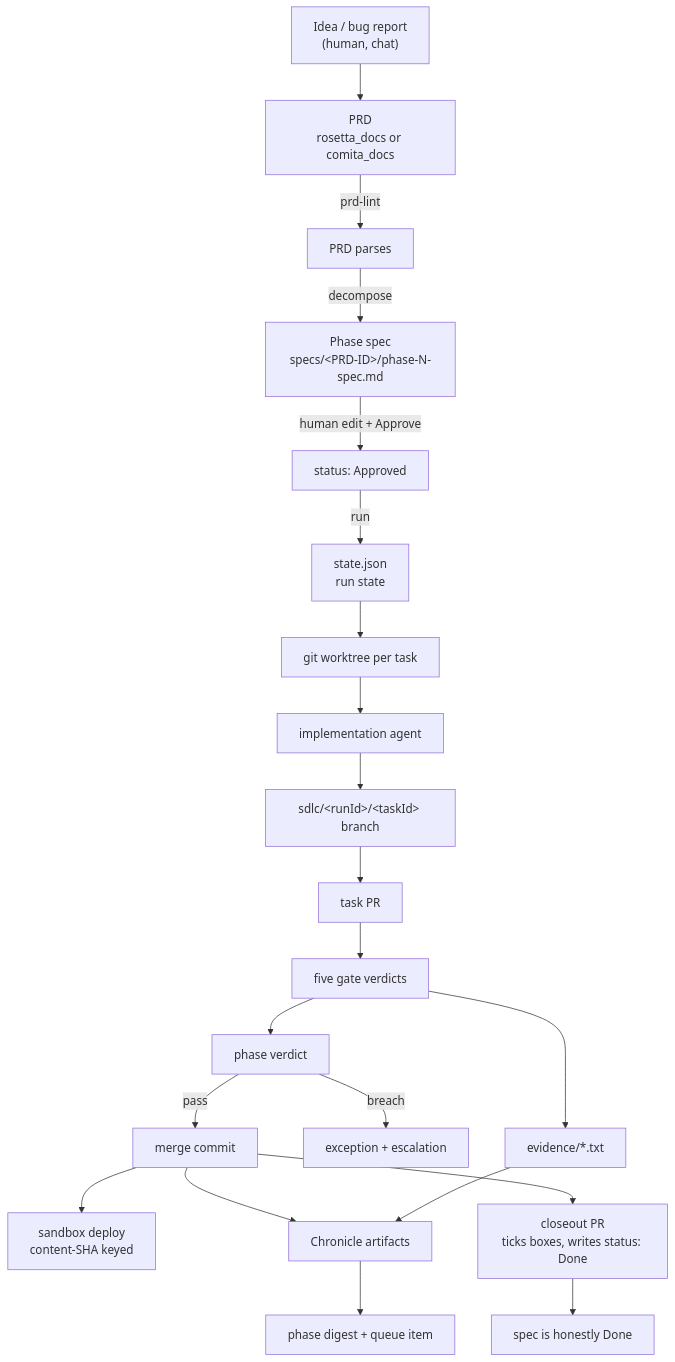
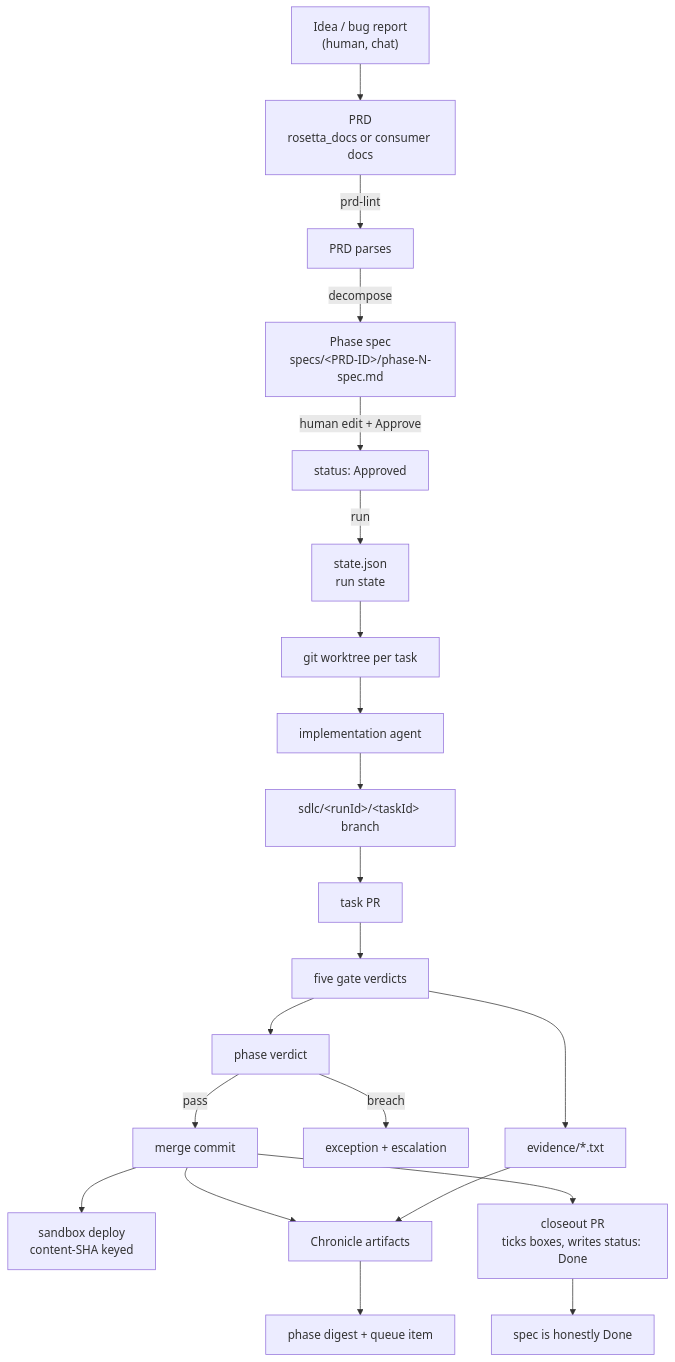
The diagram in architecture/sdlc/data-flow.md (Rosetta-Foundation/rosetta_docs), drawn with Mermaid before and after one commit. The commit also changed 2 other files, not shown here.

Commit message:
docs(sdlc): scrub consumer brand and repo names from architecture reference
Public docs describe contracts and roles with generic consumer examples.
Drop the private-repo vision link and named app paths.

````diff
--- a/architecture/sdlc/data-flow.md
+++ b/architecture/sdlc/data-flow.md
@@ -9,27 +9,27 @@
 ```mermaid
 graph TD
-    IDEA["Idea / bug report<br/>(human, chat)"] --> PRD["PRD<br/>rosetta_docs or comita_docs"]
+    IDEA["Idea / bug report<br/>(human, chat)"] --> PRD["PRD<br/>rosetta_docs or consumer docs"]
     PRD -->|prd-lint| PRDOK["PRD parses"]
     PRDOK -->|decompose| SPEC["Phase spec<br/>specs/&lt;PRD-ID&gt;/phase-N-spec.md"]
     SPEC -->|human edit + Approve| APPROVED["status: Approved"]
     APPROVED -->|run| STATE["state.json<br/>run state"]
 
     STATE --> WT["git worktree per task"]
     WT --> AGENT["implementation agent"]
     AGENT --> BRANCH["sdlc/&lt;runId&gt;/&lt;taskId&gt; branch"]
     BRANCH --> PR["task PR"]
 
     PR --> GATES["five gate verdicts"]
     GATES --> AGGR["phase verdict"]
     AGGR -->|pass| MERGE["merge commit"]
     AGGR -->|breach| ESC["exception + escalation"]
 
     MERGE --> SBX["sandbox deploy<br/>content-SHA keyed"]
     MERGE --> ART["Chronicle artifacts"]
     GATES --> EVID["evidence/*.txt"]
     EVID --> ART
     ART --> DIGEST["phase digest + queue item"]
 
     MERGE --> CLOSEOUT["closeout PR<br/>ticks boxes, writes status: Done"]
     CLOSEOUT --> DONE["spec is honestly Done"]
 ```
````
